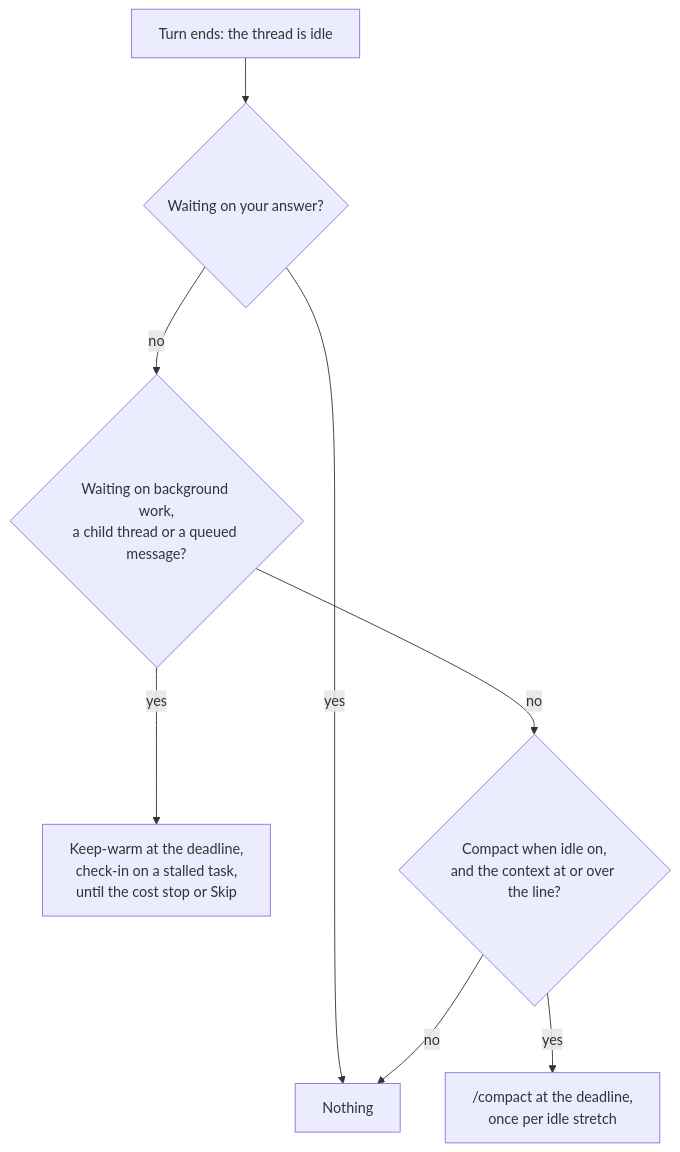
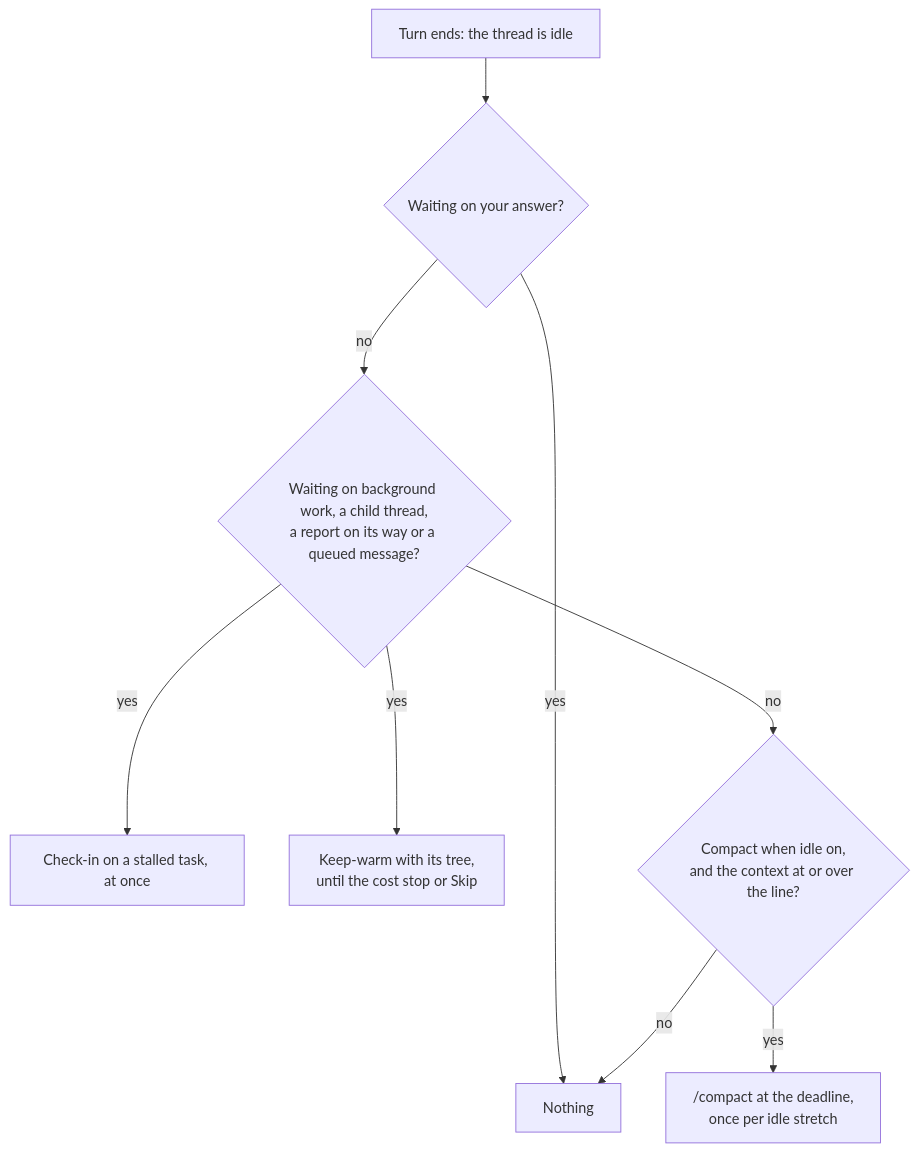
The first of 2 diagrams in docs/explanation/cache-keeper-timing.md (gperezmz/bb-plugins), drawn with Mermaid before and after one commit. The commit also changed other lines of this file and 25 other files, not shown here.

First line of the commit message:
feat(cache-keeper): keep a thread tree warm as one, at real cost (#68)

````diff
--- a/docs/explanation/cache-keeper-timing.md
+++ b/docs/explanation/cache-keeper-timing.md
@@ -5,10 +5,11 @@
 ```mermaid
 flowchart TB
   idle["Turn ends: the thread is idle"] --> question{"Waiting on your answer?"}
   question -->|yes| nothing["Nothing"]
-  question -->|no| waiting{"Waiting on background work,<br/>a child thread or a queued message?"}
-  waiting -->|yes| warm["Keep-warm at the deadline,<br/>check-in on a stalled task,<br/>until the cost stop or Skip"]
+  question -->|no| waiting{"Waiting on background work, a child thread,<br/>a report on its way or a queued message?"}
+  waiting -->|yes| stalled["Check-in on a stalled task, at once"]
+  waiting -->|yes| warm["Keep-warm with its tree,<br/>until the cost stop or Skip"]
   waiting -->|no| on{"Compact when idle on,<br/>and the context at or over the line?"}
   on -->|yes| compact["/compact at the deadline,<br/>once per idle stretch"]
   on -->|no| nothing
 ```
````
